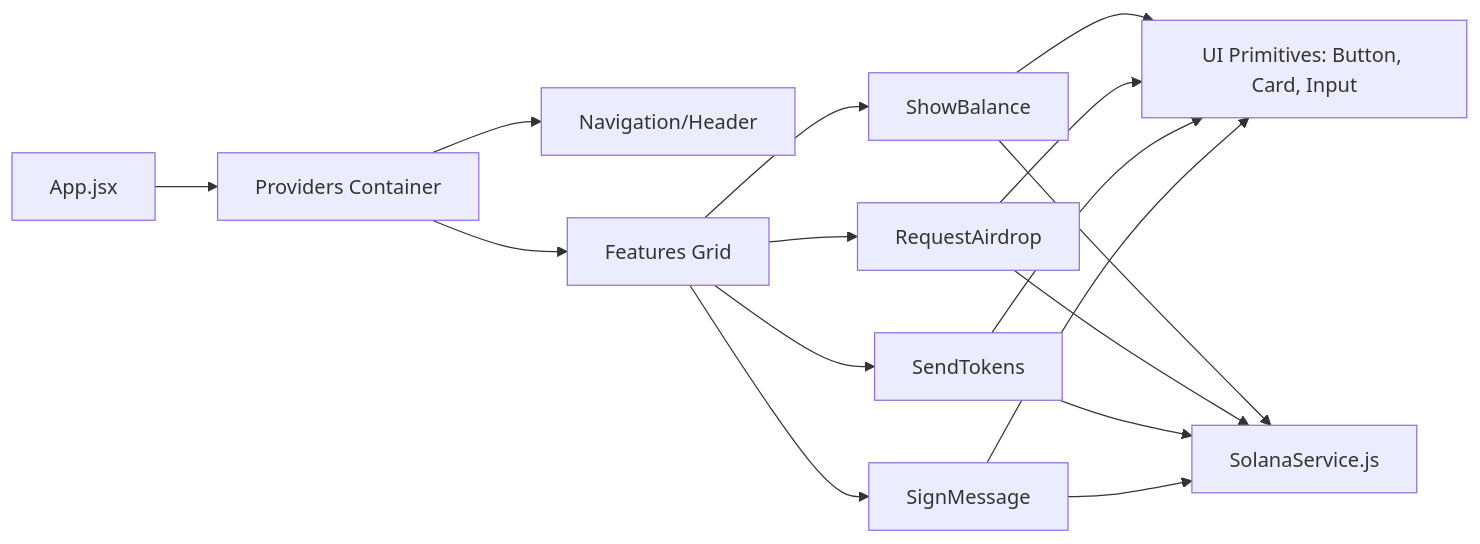
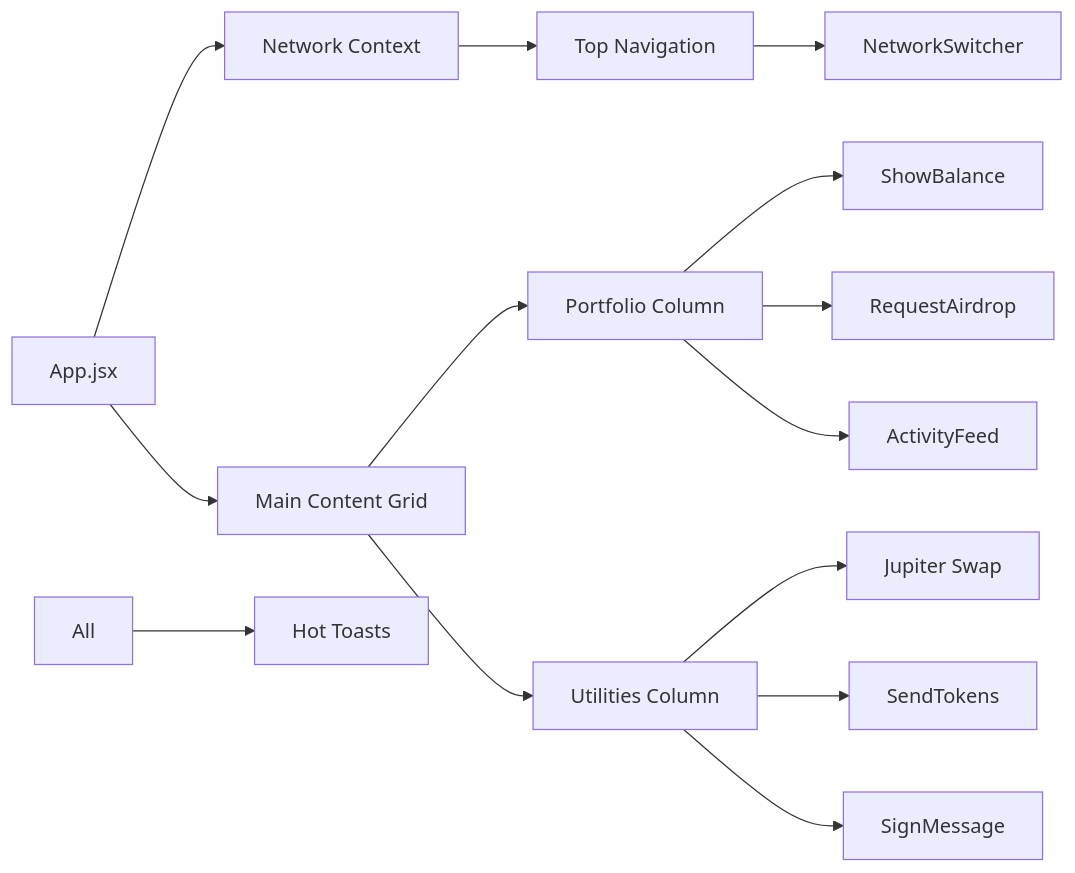
One commit to Amitaarav/DappA changed the second of 2 diagrams in README.md. Above: the diagram before and after it, drawn with Mermaid. The commit also changed other lines of this file and 14 other files, not shown here.

````diff
--- a/README.md
+++ b/README.md
@@ -34,14 +35,20 @@
 ```mermaid
 graph LR
-    App[App.jsx] --> Provider[Providers Container]
-    Provider --> Nav[Navigation/Header]
-    Provider --> FeatureGrid[Features Grid]
+    App[App.jsx] --> NetState[Network Context]
+    NetState --> Nav[Top Navigation]
+    Nav --> Switcher[NetworkSwitcher]
     
-    FeatureGrid --> Bal[ShowBalance]
-    FeatureGrid --> Air[RequestAirdrop]
-    FeatureGrid --> Send[SendTokens]
-    FeatureGrid --> Sign[SignMessage]
+    App --> Main[Main Content Grid]
+    Main --> Left[Portfolio Column]
+    Main --> Right[Utilities Column]
     
-    Bal & Air & Send & Sign --> UI_Lib[UI Primitives: Button, Card, Input]
-    Bal & Air & Send & Sign --> Sol_Svc[SolanaService.js]
+    Left --> Bal[ShowBalance]
+    Left --> Air[RequestAirdrop]
+    Left --> Feed[ActivityFeed]
+    
+    Right --> Swap[Jupiter Swap]
+    Right --> Send[SendTokens]
+    Right --> Sign[SignMessage]
+    
+    All --> Toast[Hot Toasts]
 ```
````
